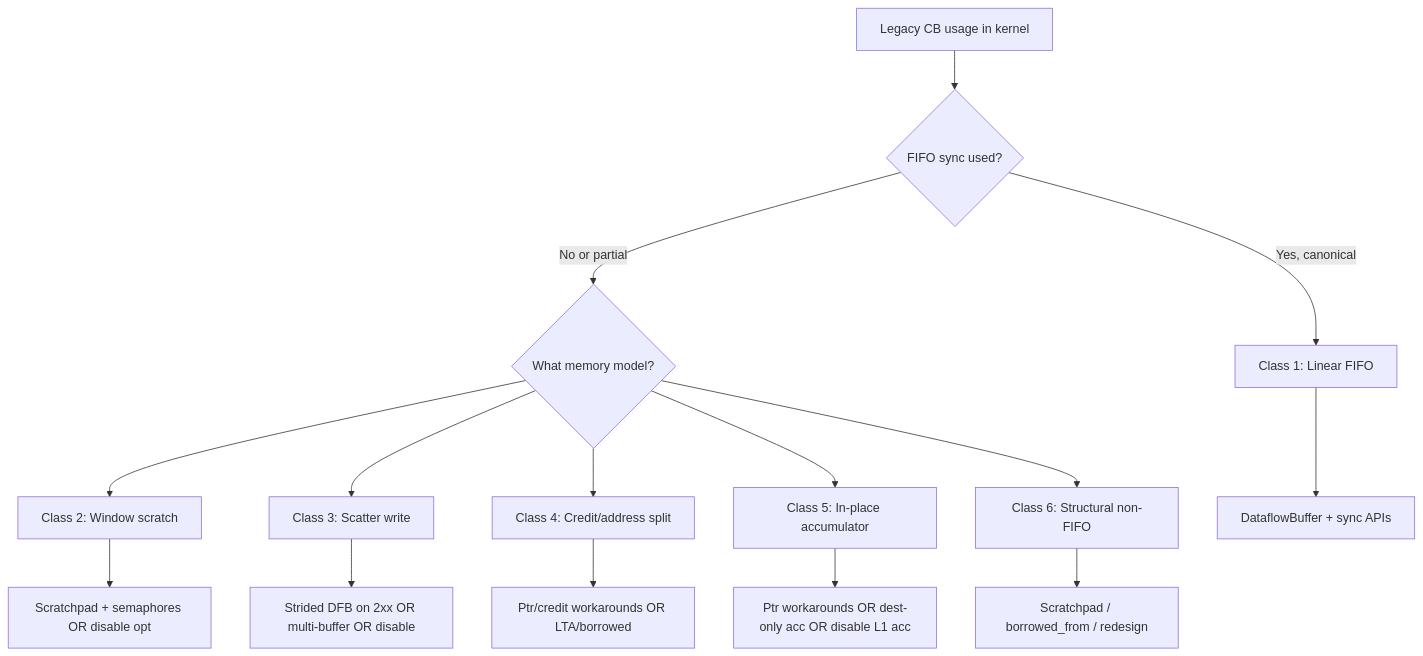
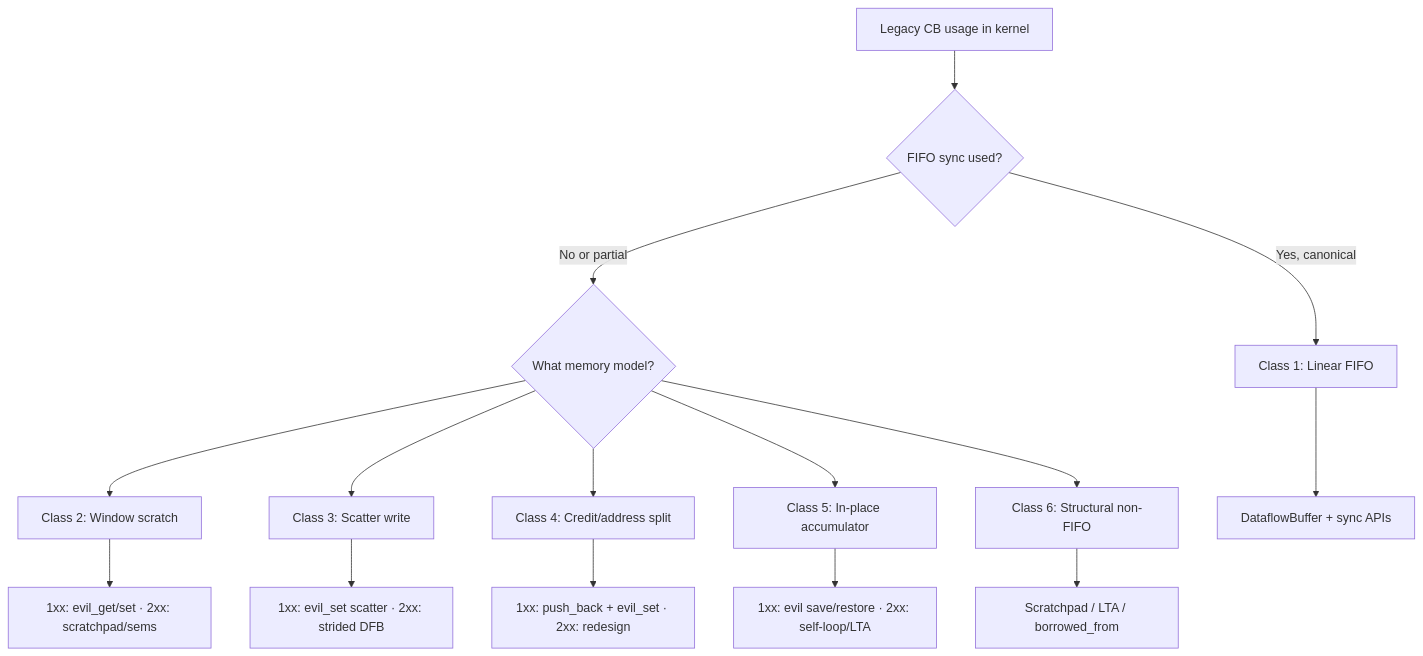
One commit to ZacLou/tt-metal changed the second of 2 diagrams in docs/source/tt-metalium/tt_metal/apis/host_apis/metal_2.0/ai/cb_dfb_kernel_audit_helper.md. Above: the diagram before and after it, drawn with Mermaid. The commit also changed other lines of this file and 1 other file, not shown here.

Commit message:
Adding cb/dfb white list based on intro of evil_* apis

````diff
--- a/docs/source/tt-metalium/tt_metal/apis/host_apis/metal_2.0/ai/cb_dfb_kernel_audit_helper.md
+++ b/docs/source/tt-metalium/tt_metal/apis/host_apis/metal_2.0/ai/cb_dfb_kernel_audit_helper.md
@@ -265,17 +286,17 @@
 ```mermaid
 flowchart TD
     A[Legacy CB usage in kernel] --> B{FIFO sync used?}
     B -->|Yes, canonical| C[Class 1: Linear FIFO]
     B -->|No or partial| D{What memory model?}
     D --> E[Class 2: Window scratch]
     D --> F[Class 3: Scatter write]
     D --> G[Class 4: Credit/address split]
     D --> H[Class 5: In-place accumulator]
     D --> I[Class 6: Structural non-FIFO]
     C --> J[DataflowBuffer + sync APIs]
-    E --> K[Scratchpad + semaphores OR disable opt]
-    F --> L[Strided DFB on 2xx OR multi-buffer OR disable]
-    G --> M[Ptr/credit workarounds OR LTA/borrowed]
-    H --> N[Ptr workarounds OR dest-only acc OR disable L1 acc]
-    I --> O[Scratchpad / borrowed_from / redesign]
+    E --> K["1xx: evil_get/set · 2xx: scratchpad/sems"]
+    F --> L["1xx: evil_set scatter · 2xx: strided DFB"]
+    G --> M["1xx: push_back + evil_set · 2xx: redesign"]
+    H --> N["1xx: evil save/restore · 2xx: self-loop/LTA"]
+    I --> O[Scratchpad / LTA / borrowed_from]
 ```
````
